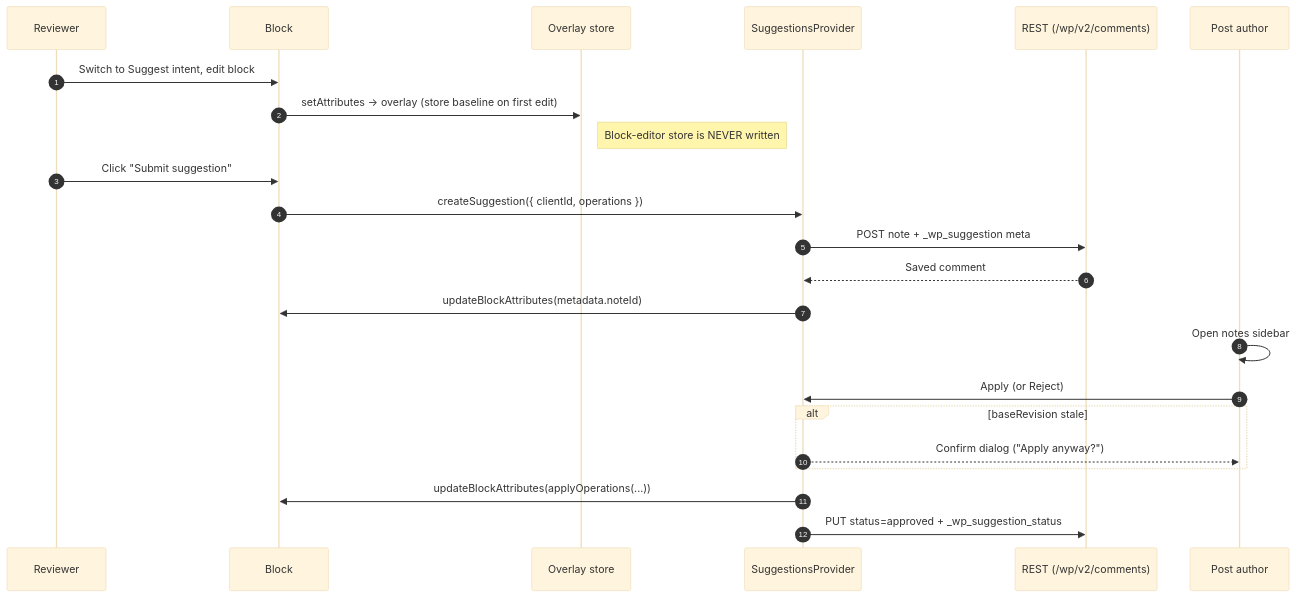
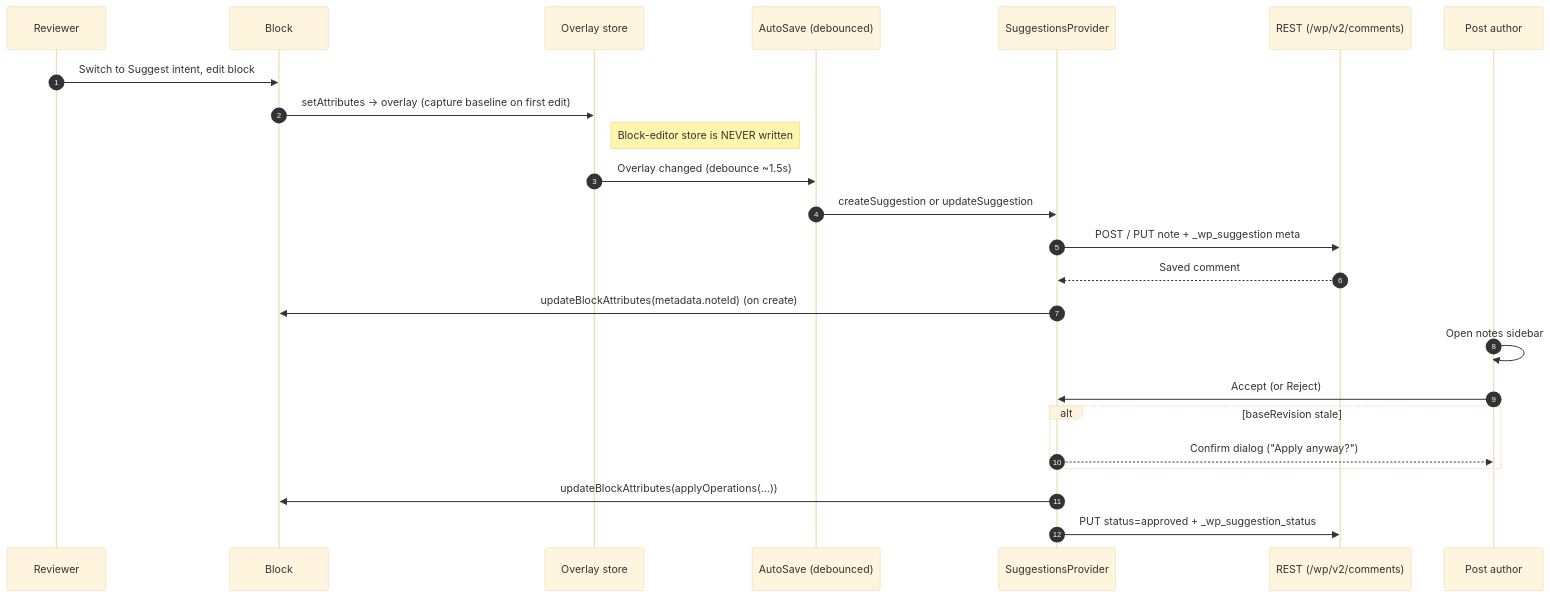
The diagram in docs/explanations/architecture/suggestions.md (molvqingtai/gutenberg), drawn with Mermaid (base theme) before and after one commit. The commit also changed other lines of this file and 8 other files, not shown here.

First line of the commit message:
Editor: Surface suggestion state in the block and sidebar

````diff
--- a/docs/explanations/architecture/suggestions.md
+++ b/docs/explanations/architecture/suggestions.md
@@ -11,27 +11,28 @@
 ```mermaid
 sequenceDiagram
     autonumber
     participant U as Reviewer
     participant B as Block
     participant O as Overlay store
+    participant AS as AutoSave (debounced)
     participant P as SuggestionsProvider
     participant R as REST (/wp/v2/comments)
     participant A as Post author
 
     U->>B: Switch to Suggest intent, edit block
-    B->>O: setAttributes → overlay (store baseline on first edit)
+    B->>O: setAttributes → overlay (capture baseline on first edit)
     Note right of O: Block-editor store is NEVER written
-    U->>B: Click "Submit suggestion"
-    B->>P: createSuggestion({ clientId, operations })
-    P->>R: POST note + _wp_suggestion meta
+    O->>AS: Overlay changed (debounce ~1.5s)
+    AS->>P: createSuggestion or updateSuggestion
+    P->>R: POST / PUT note + _wp_suggestion meta
     R-->>P: Saved comment
-    P->>B: updateBlockAttributes(metadata.noteId)
+    P->>B: updateBlockAttributes(metadata.noteId) (on create)
 
     A->>A: Open notes sidebar
-    A->>P: Apply (or Reject)
+    A->>P: Accept (or Reject)
     alt baseRevision stale
         P-->>A: Confirm dialog ("Apply anyway?")
     end
     P->>B: updateBlockAttributes(applyOperations(...))
     P->>R: PUT status=approved + _wp_suggestion_status
 ```
````
